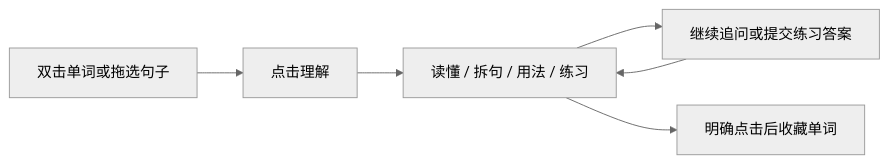
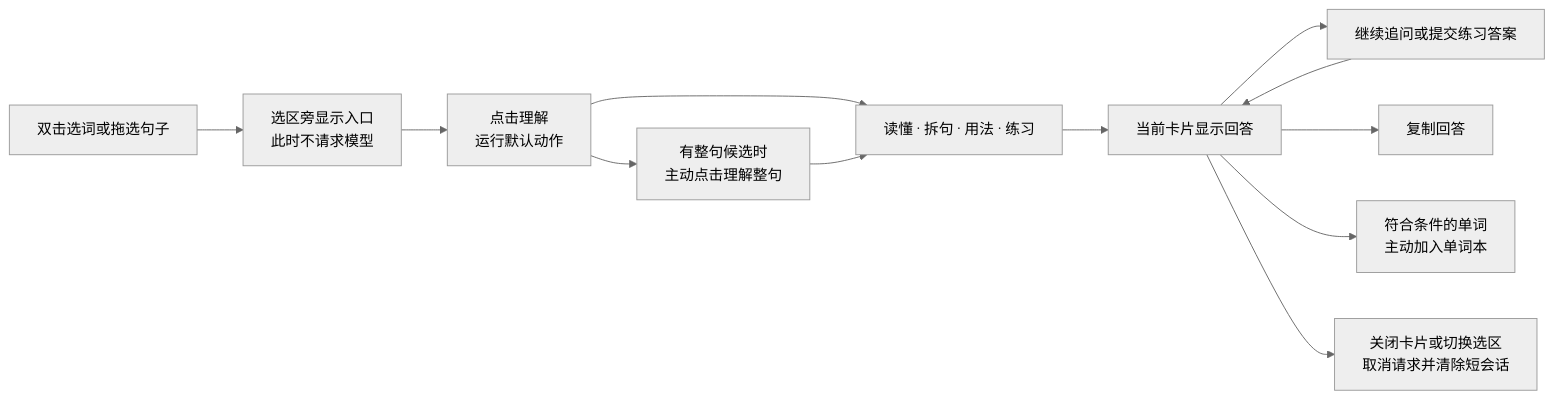
One commit to ArietidsZ/FluentRead changed the first of 3 diagrams in docs/reports/harness-reading-20260905.md. Above: the diagram before and after it, drawn with Mermaid (neutral theme). The commit also changed other lines of this file, not shown here.

Commit message:
docs: explain Harness implementation with Mermaid diagrams

````diff
--- a/docs/reports/harness-reading-20260905.md
+++ b/docs/reports/harness-reading-20260905.md
@@ -11,8 +28,14 @@
 ```mermaid
 flowchart LR
-    A[双击单词或拖选句子] --> B[点击理解]
-    B --> C[读懂 / 拆句 / 用法 / 练习]
-    C --> D[继续追问或提交练习答案]
-    C --> E[明确点击后收藏单词]
-    D --> C
+    A["双击选词或拖选句子"] --> B["选区旁显示入口<br/>此时不请求模型"]
+    B --> C["点击理解<br/>运行默认动作"]
+    C --> D["读懂 · 拆句 · 用法 · 练习"]
+    D --> E["当前卡片显示回答"]
+    E --> F["继续追问或提交练习答案"]
+    F --> E
+    E --> G["复制回答"]
+    E --> H["符合条件的单词<br/>主动加入单词本"]
+    C --> I["有整句候选时<br/>主动点击理解整句"]
+    I --> D
+    E --> J["关闭卡片或切换选区<br/>取消请求并清除短会话"]
 ```
````
